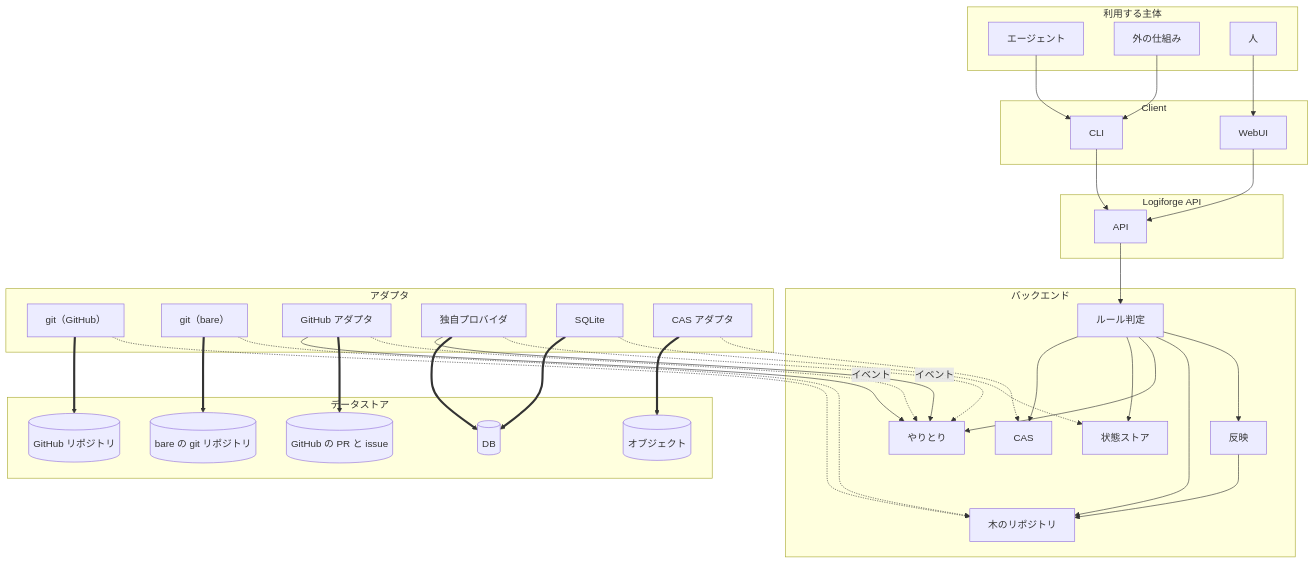
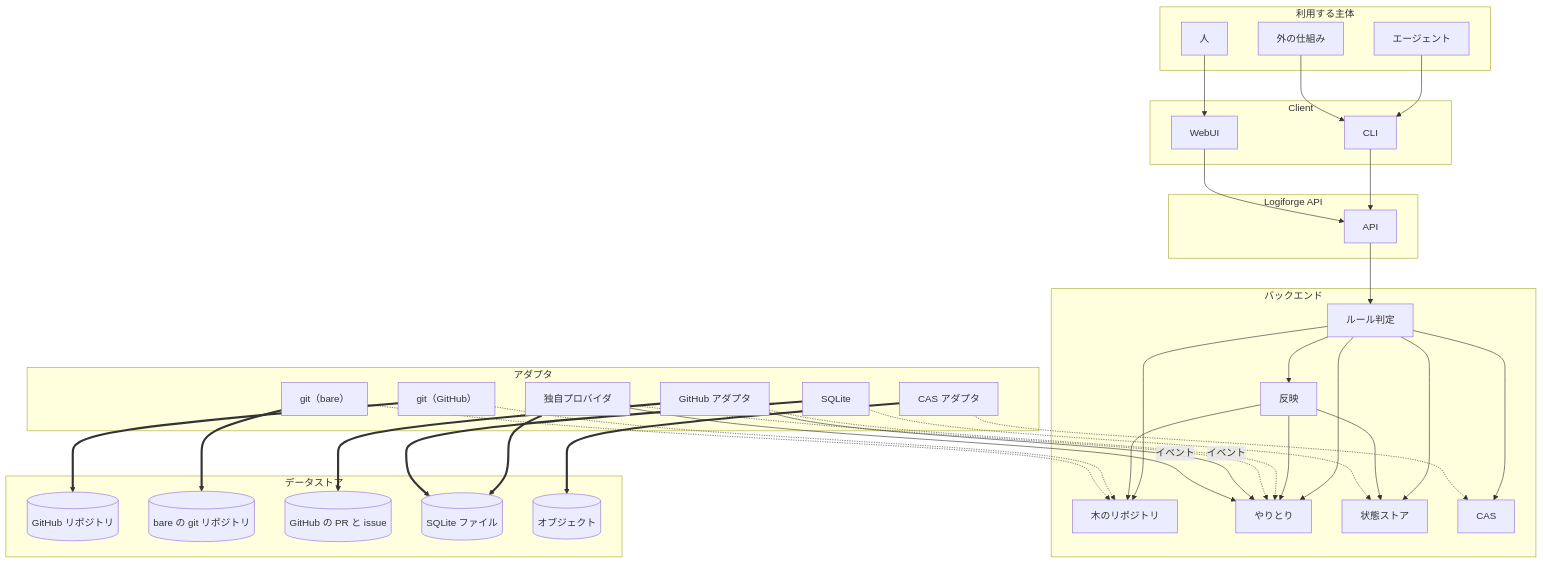
Before and after one commit to yamambainc/logiforge: the diagram in design/architecture.md, drawn with Mermaid. The commit also changed other lines of this file and 16 other files, not shown here.

````diff
--- a/design/architecture.md
+++ b/design/architecture.md
@@ -8,64 +8,66 @@
 ```mermaid
 flowchart TB
   subgraph US["利用する主体"]
     AGT["エージェント"]
     EXT["外の仕組み"]
     HUM["人"]
   end
   subgraph CL["Client"]
     CLI["CLI"]
     WEB["WebUI"]
   end
   subgraph AP["Logiforge API"]
     API["API"]
   end
   subgraph BE["バックエンド"]
     RULE["ルール判定"]
     MERGE["反映"]
     P1["木のリポジトリ"]
     P2["やりとり"]
     P3["状態ストア"]
     P4["CAS"]
   end
   subgraph AD["アダプタ"]
     GITR["git（GitHub）"]
     GITL["git（bare）"]
     GH["GitHub アダプタ"]
     NA["独自プロバイダ"]
     SQ["SQLite"]
     CA["CAS アダプタ"]
   end
   subgraph DS["データストア"]
     GHR[("GitHub リポジトリ")]
     BARE[("bare の git リポジトリ")]
     GHS[("GitHub の PR と issue")]
-    DB[("DB")]
+    DB[("SQLite ファイル")]
     OBJ[("オブジェクト")]
   end
   AGT --> CLI
   EXT --> CLI
   HUM --> WEB
   CLI --> API
   WEB --> API
   API --> RULE
   RULE --> MERGE
   RULE --> P1
   RULE --> P2
   RULE --> P3
   RULE --> P4
   MERGE --> P1
+  MERGE --> P2
+  MERGE --> P3
   GITR -.-> P1
   GITL -.-> P1
   GH -.-> P2
   NA -.-> P2
   SQ -.-> P3
   CA -.-> P4
   GITR ==> GHR
   GITL ==> BARE
   GH ==> GHS
   NA ==> DB
   SQ ==> DB
   CA ==> OBJ
   GH -->|イベント| P2
   NA -->|イベント| P2
 ```
````
